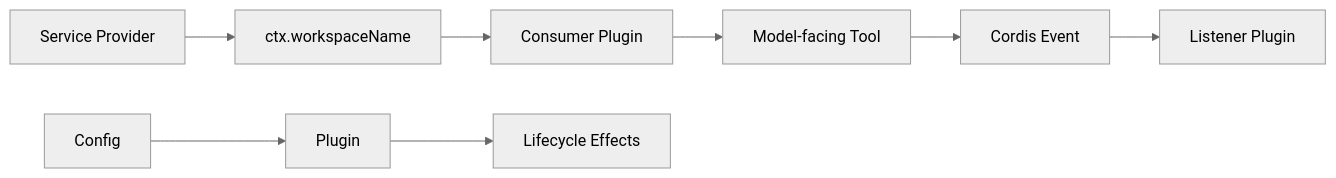
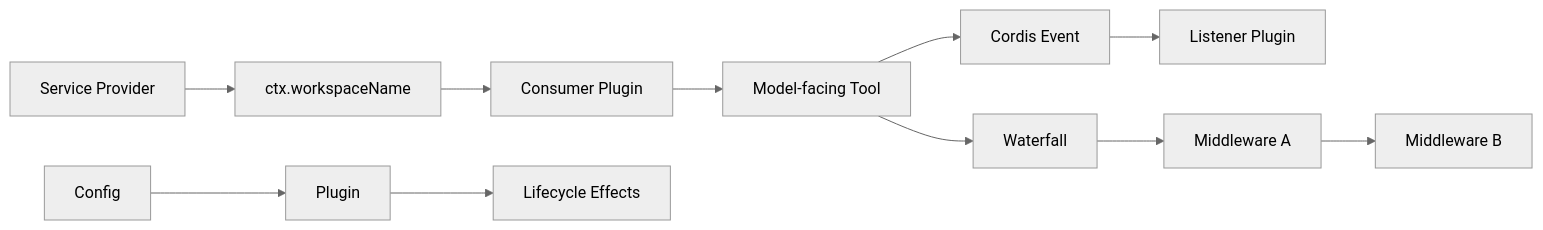
Before and after one commit to Ri0n72Y/dsh-plugin-practice: the diagram in README.md, drawn with Mermaid (neutral theme). The commit also changed other lines of this file, not shown here.

Commit message:
docs: add lesson 6 waterfall usage

````diff
--- a/README.md
+++ b/README.md
@@ -194,10 +180,13 @@
 ```mermaid
 flowchart LR
     Config["Config"] --> Plugin["Plugin"]
     Provider["Service Provider"] --> Service["ctx.workspaceName"]
     Service --> Consumer["Consumer Plugin"]
     Consumer --> Tool["Model-facing Tool"]
     Tool --> Event["Cordis Event"]
     Event --> Listener["Listener Plugin"]
+    Tool --> Waterfall["Waterfall"]
+    Waterfall --> MiddlewareA["Middleware A"]
+    MiddlewareA --> MiddlewareB["Middleware B"]
     Plugin --> Effect["Lifecycle Effects"]
 ```
````
